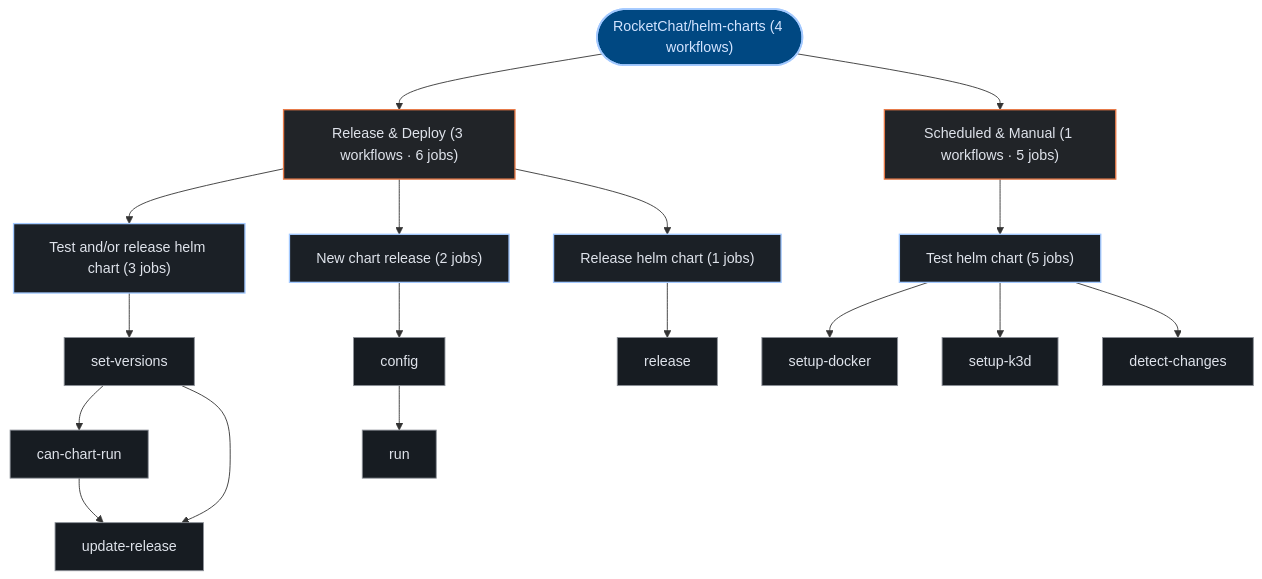
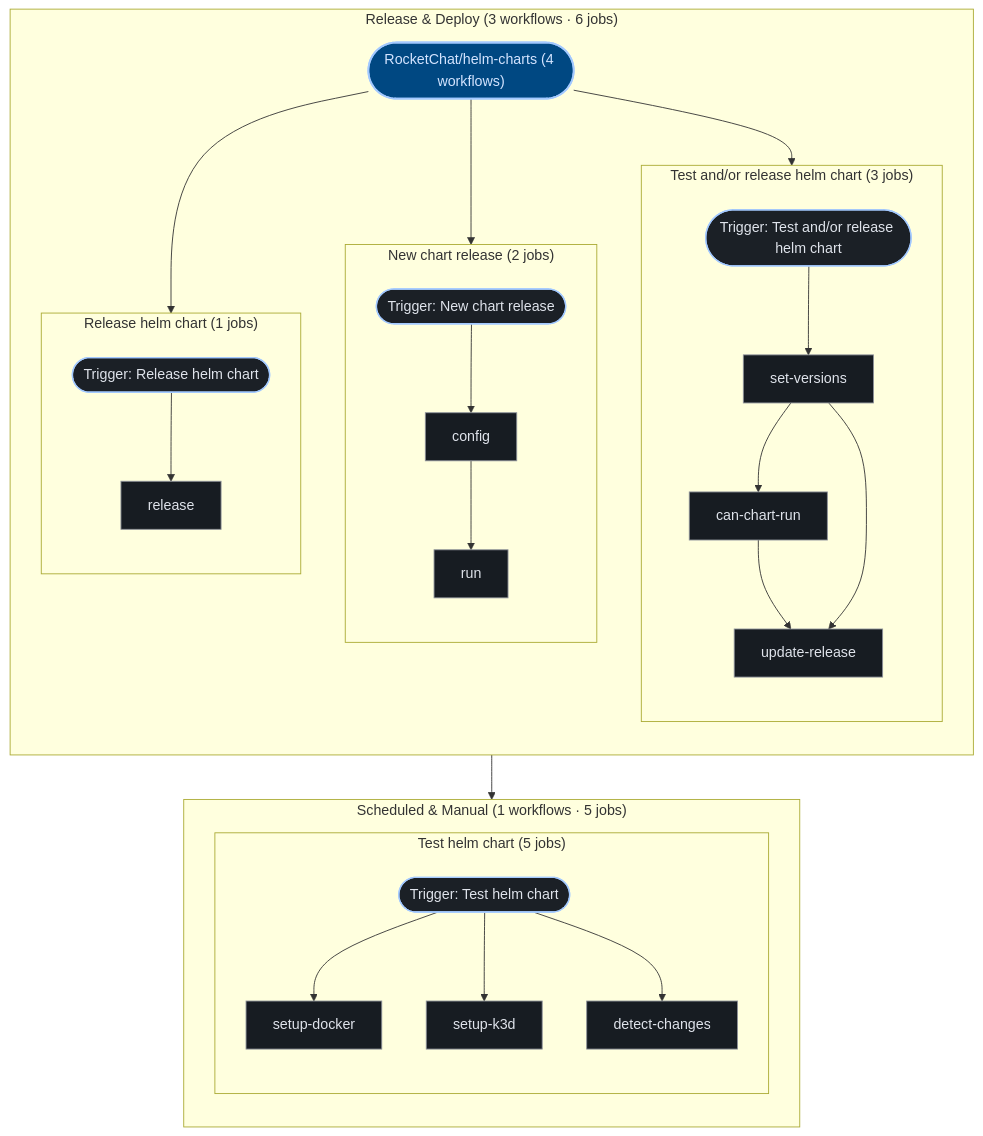
The third of 3 diagrams in exports/latest/reports/RocketChat-helm-charts-report.md (kumarshaz/atruss-code-atlas), drawn with Mermaid before and after one commit. The commit also changed 181 other files, not shown here.

````diff
--- a/exports/latest/reports/RocketChat-helm-charts-report.md
+++ b/exports/latest/reports/RocketChat-helm-charts-report.md
@@ -230,42 +230,56 @@
 ```mermaid
 graph TD;
   classDef atlasRoot fill:#004882,stroke:#a3c9ff,stroke-width:2px,color:#d3e4ff
   classDef atlasCategory fill:#212428,stroke:#E87A48,stroke-width:1.5px,color:#dfe3eb
   classDef atlasWorkflow fill:#1b2026,stroke:#a3c9ff,stroke-width:1.5px,color:#dfe3eb
   classDef atlasJob fill:#171c22,stroke:#8d9199,stroke-width:1px,color:#dfe3eb
   classDef atlasTarget fill:#005227,stroke:#8bd99b,stroke-width:1.5px,color:#a7f6b6
   classDef atlasAlert fill:#93000a,stroke:#ffb4ab,stroke-width:1.5px,color:#ffdad6
   classDef atlasMore fill:#252a31,stroke:#8d9199,stroke-dasharray:4 4,color:#c3c6cf
   pipeline_root(["RocketChat/helm-charts (4 workflows)"]):::atlasRoot
-  grp_0_Release___Deploy["Release & Deploy (3 workflows · 6 jobs)"]:::atlasCategory
-  pipeline_root --> grp_0_Release___Deploy
-  wf_0_Test_and_or_release_helm_chart["Test and/or release helm chart (3 jobs)"]:::atlasWorkflow
-  grp_0_Release___Deploy --> wf_0_Test_and_or_release_helm_chart
-  job_0_set_versions["set-versions"]:::atlasJob
-  job_0_can_chart_run["can-chart-run"]:::atlasJob
-  job_0_update_release["update-release"]:::atlasJob
-  wf_0_Test_and_or_release_helm_chart --> job_0_set_versions
-  job_0_set_versions --> job_0_can_chart_run
-  job_0_can_chart_run --> job_0_update_release
-  job_0_set_versions --> job_0_update_release
-  wf_1_New_chart_release["New chart release (2 jobs)"]:::atlasWorkflow
-  grp_0_Release___Deploy --> wf_1_New_chart_release
-  job_1_config["config"]:::atlasJob
-  job_1_run["run"]:::atlasJob
-  wf_1_New_chart_release --> job_1_config
-  job_1_config --> job_1_run
-  wf_2_Release_helm_chart["Release helm chart (1 jobs)"]:::atlasWorkflow
-  grp_0_Release___Deploy --> wf_2_Release_helm_chart
-  job_2_release["release"]:::atlasJob
-  wf_2_Release_helm_chart --> job_2_release
-  grp_1_Scheduled___Manual["Scheduled & Manual (1 workflows · 5 jobs)"]:::atlasCategory
-  pipeline_root --> grp_1_Scheduled___Manual
-  wf_3_Test_helm_chart["Test helm chart (5 jobs)"]:::atlasWorkflow
-  grp_1_Scheduled___Manual --> wf_3_Test_helm_chart
-  job_3_setup_docker["setup-docker"]:::atlasJob
-  job_3_setup_k3d["setup-k3d"]:::atlasJob
-  job_3_detect_changes["detect-changes"]:::atlasJob
-  wf_3_Test_helm_chart --> job_3_setup_docker
-  wf_3_Test_helm_chart --> job_3_setup_k3d
-  wf_3_Test_helm_chart --> job_3_detect_changes
+  subgraph sg_grp_0_Release___Deploy["Release & Deploy (3 workflows · 6 jobs)"]
+    direction TB
+    subgraph sg_wf_0_Test_and_or_release_helm_chart["Test and/or release helm chart (3 jobs)"]
+      direction TB
+      wf_0_Test_and_or_release_helm_chart(["Trigger: Test and/or release helm chart"]):::atlasWorkflow
+      job_0_set_versions["set-versions"]:::atlasJob
+      job_0_can_chart_run["can-chart-run"]:::atlasJob
+      job_0_update_release["update-release"]:::atlasJob
+      wf_0_Test_and_or_release_helm_chart --> job_0_set_versions
+      job_0_set_versions --> job_0_can_chart_run
+      job_0_can_chart_run --> job_0_update_release
+      job_0_set_versions --> job_0_update_release
+    end
+    pipeline_root --> wf_0_Test_and_or_release_helm_chart
+    subgraph sg_wf_1_New_chart_release["New chart release (2 jobs)"]
+      direction TB
+      wf_1_New_chart_release(["Trigger: New chart release"]):::atlasWorkflow
+      job_1_config["config"]:::atlasJob
+      job_1_run["run"]:::atlasJob
+      wf_1_New_chart_release --> job_1_config
+      job_1_config --> job_1_run
+    end
+    pipeline_root --> wf_1_New_chart_release
+    subgraph sg_wf_2_Release_helm_chart["Release helm chart (1 jobs)"]
+      direction TB
+      wf_2_Release_helm_chart(["Trigger: Release helm chart"]):::atlasWorkflow
+      job_2_release["release"]:::atlasJob
+      wf_2_Release_helm_chart --> job_2_release
+    end
+    pipeline_root --> wf_2_Release_helm_chart
+  end
+  subgraph sg_grp_1_Scheduled___Manual["Scheduled & Manual (1 workflows · 5 jobs)"]
+    direction TB
+    subgraph sg_wf_3_Test_helm_chart["Test helm chart (5 jobs)"]
+      direction TB
+      wf_3_Test_helm_chart(["Trigger: Test helm chart"]):::atlasWorkflow
+      job_3_setup_docker["setup-docker"]:::atlasJob
+      job_3_setup_k3d["setup-k3d"]:::atlasJob
+      job_3_detect_changes["detect-changes"]:::atlasJob
+      wf_3_Test_helm_chart --> job_3_setup_docker
+      wf_3_Test_helm_chart --> job_3_setup_k3d
+      wf_3_Test_helm_chart --> job_3_detect_changes
+    end
+    pipeline_root --> wf_3_Test_helm_chart
+  end
 ```
````
